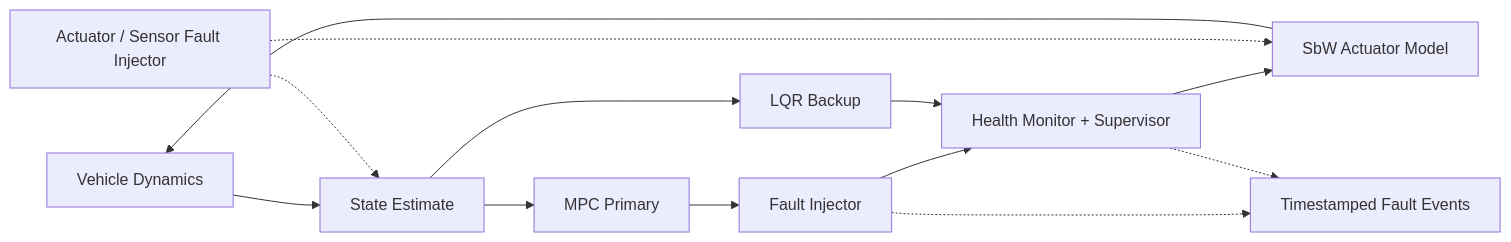
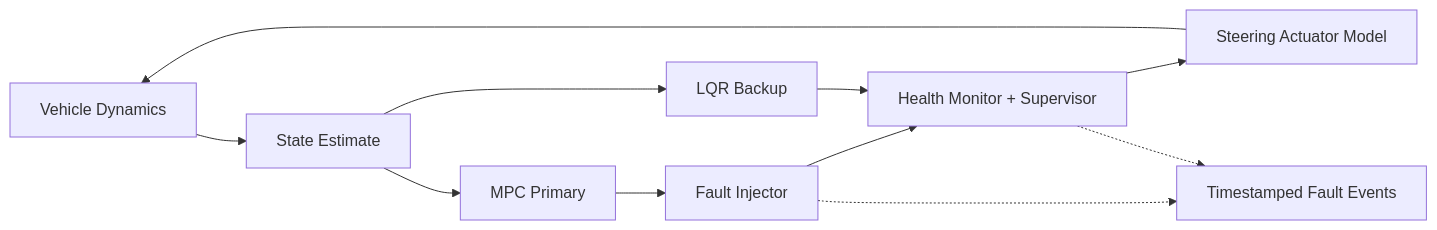
One commit to yoonju04/SIL_HACKATHON changed the diagram in docs/ARCHITECTURE.md. Above: the diagram before and after it, drawn with Mermaid. The commit also changed other lines of this file and 5 other files, not shown here.

````diff
--- a/docs/ARCHITECTURE.md
+++ b/docs/ARCHITECTURE.md
@@ -12,15 +12,13 @@
 ```mermaid
 flowchart LR
   Plant[Vehicle Dynamics] --> Obs[State Estimate]
   Obs --> MPC[MPC Primary]
   Obs --> LQR[LQR Backup]
   MPC --> FI[Fault Injector]
   FI --> Supervisor[Health Monitor + Supervisor]
   LQR --> Supervisor
-  Supervisor --> Actuator[SbW Actuator Model]
-  FI2[Actuator / Sensor Fault Injector] -.-> Actuator
-  FI2 -.-> Obs
+  Supervisor --> Actuator[Steering Actuator Model]
   Actuator --> Plant
   FI -.-> Events[Timestamped Fault Events]
   Supervisor -.-> Events
 ```
````
